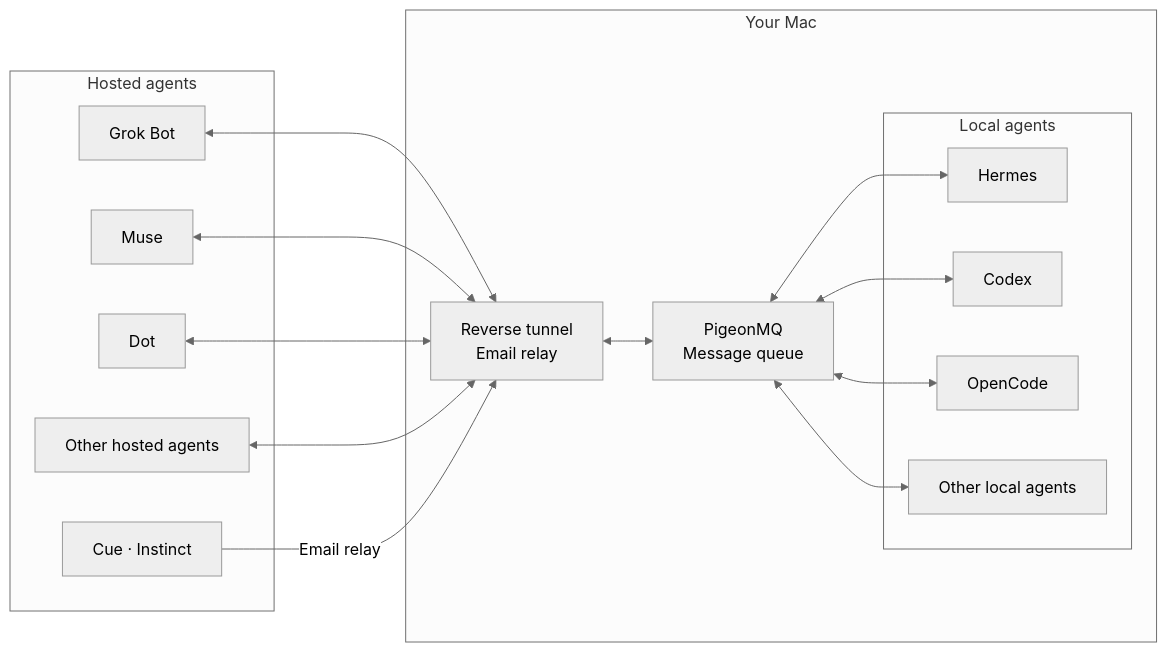
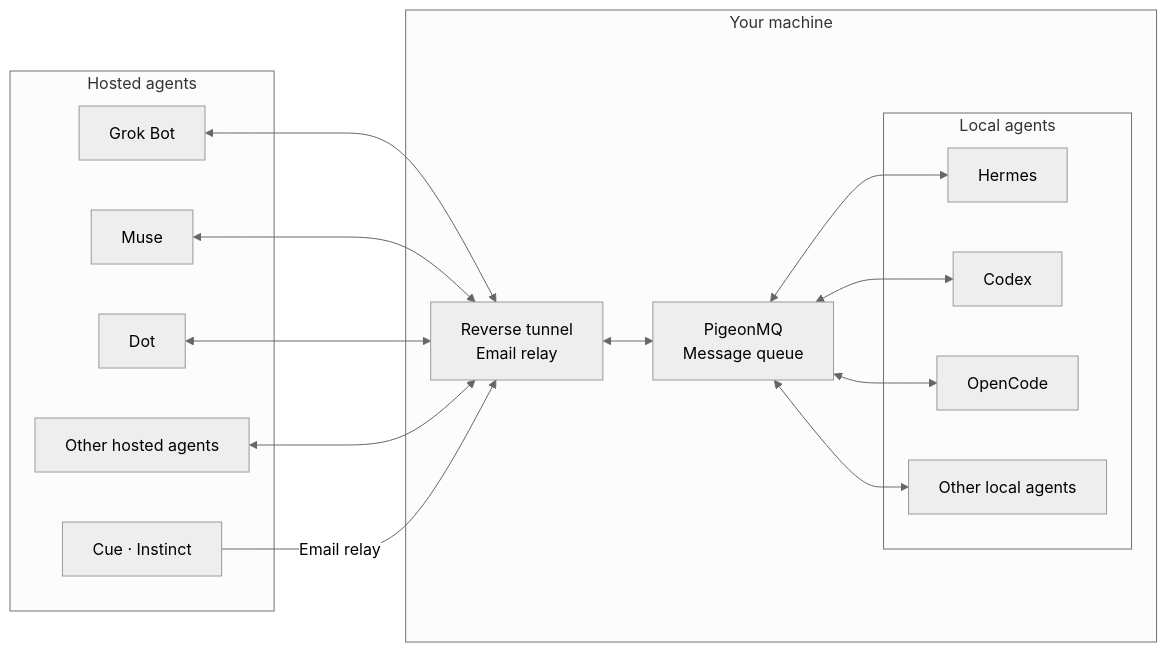
Before and after one commit to lazy9sascha/999k: the diagram in README.md, drawn with Mermaid (neutral theme). The commit also changed other lines of this file and 2 other files, not shown here.

````diff
--- a/README.md
+++ b/README.md
@@ -21,27 +21,27 @@
 ```mermaid
 flowchart LR
     subgraph HOSTED["Hosted agents"]
         G["Grok Bot"]
         M["Muse"]
         D["Dot"]
         HX["Other hosted agents"]
         CE["Cue · Instinct"]
     end
 
-    subgraph MAC["Your Mac"]
+    subgraph MAC["Your machine"]
         T["Reverse tunnel<br/>Email relay"]
         Q["PigeonMQ<br/>Message queue"]
 
         subgraph LOCAL["Local agents"]
             H["Hermes"]
             C["Codex"]
             O["OpenCode"]
             LX["Other local agents"]
         end
     end
 
     G & M & D & HX <--> T
     T <--> Q
     Q <--> C & O & H & LX
     CE -->|Email relay| T
 ```
````
